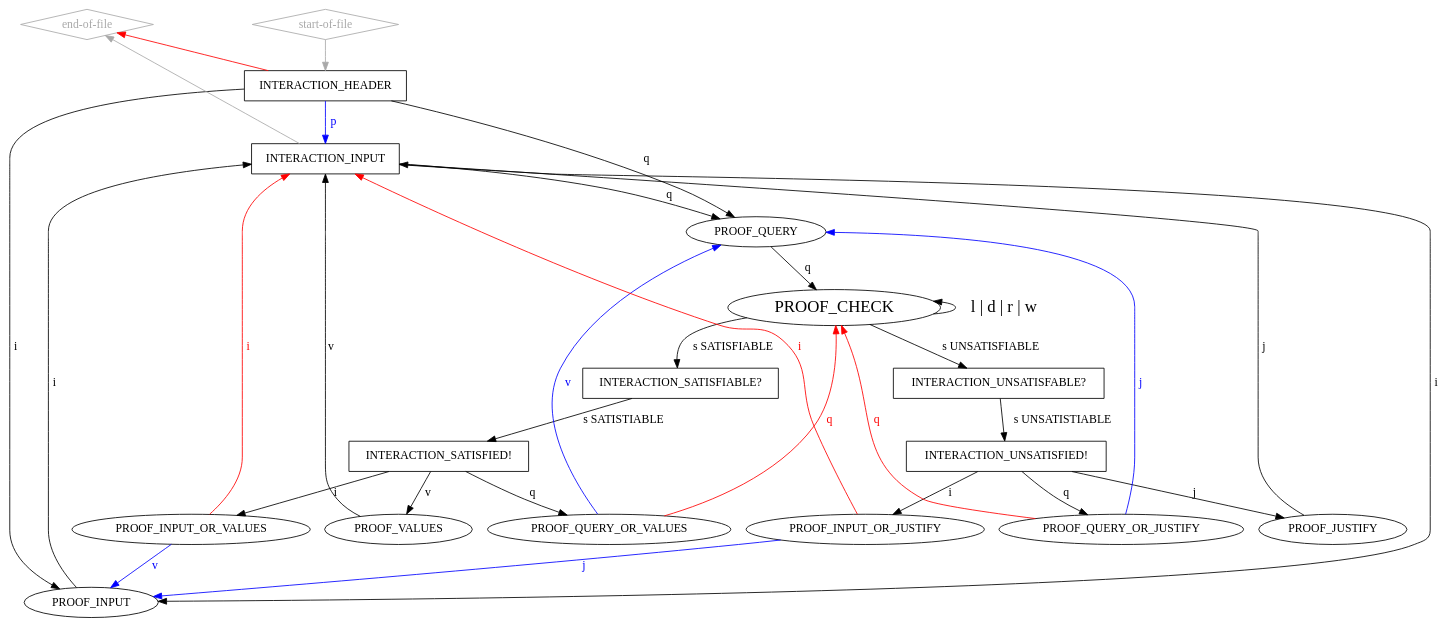
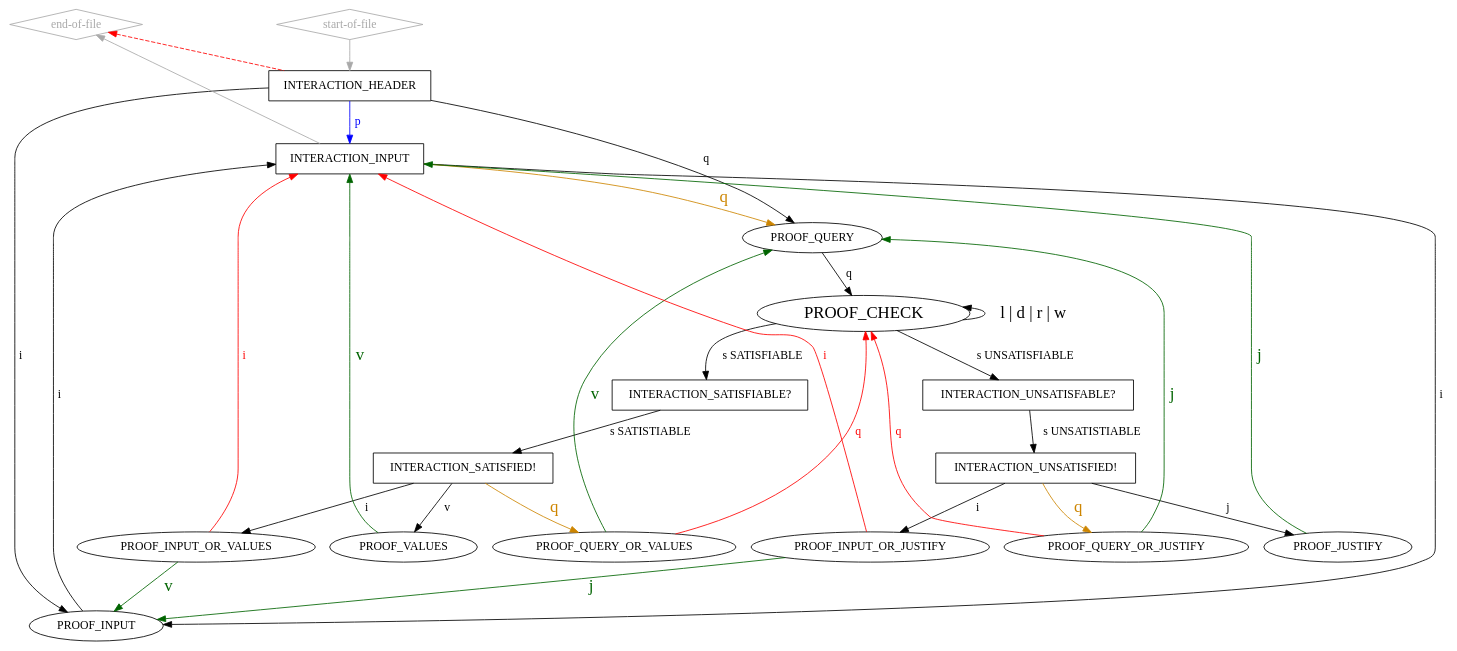
The diagram in idrup-check.dot (arminbiere/lidrup-check), drawn with Graphviz before and after one commit. The commit also changed 1 other file, not shown here.

Commit message:
added query conclusion  pairs

```diff
--- a/idrup-check.dot
+++ b/idrup-check.dot
@@ -1,61 +1,61 @@
 digraph "idrup-check" {
 
   "start-of-file" [shape=diamond,color=darkgray,fontcolor=darkgray];
   "start-of-file" -> INTERACTION_HEADER [weight=2,color=darkgray];
 
   "end-of-file" [shape=diamond,color=darkgray,fontcolor=darkgray];
 
   // INTERACTION_HEADER -> "end-of-file";
   // INTERACTION_INPUT -> "end-of-file";
-   "end-of-file" -> INTERACTION_HEADER [dir=back,color=red];
+   "end-of-file" -> INTERACTION_HEADER [dir=back,style=dashed,color=red];
    "end-of-file" -> INTERACTION_INPUT [dir=back,color=darkgray];
 
   INTERACTION_HEADER [shape=box];
   INTERACTION_HEADER -> PROOF_INPUT [label=" i "];
   INTERACTION_HEADER -> PROOF_QUERY [label=" q "];
   INTERACTION_HEADER -> INTERACTION_INPUT [label=" p ",weight=2,color=blue,fontcolor=blue];
 
   INTERACTION_INPUT [shape=box];
   INTERACTION_INPUT -> PROOF_INPUT [label=" i ",weight=2];
-  INTERACTION_INPUT -> PROOF_QUERY [label=" q ",weight=2];
+  INTERACTION_INPUT -> PROOF_QUERY [label=" q ",weight=2,color=orange3,fontsize=20,fontcolor=orange3];
 
   PROOF_INPUT -> INTERACTION_INPUT [label=" i ",weight=3];
 
   PROOF_QUERY -> PROOF_CHECK [label=" q "];
 
   PROOF_CHECK [fontsize=20];
   PROOF_CHECK -> PROOF_CHECK [label=" l | d | r | w ",dir=back,fontsize=20];
   PROOF_CHECK -> INTERACTION_SATISFIABLE [label=" s SATISFIABLE "];
   PROOF_CHECK -> INTERACTION_UNSATISFABLE [label=" s UNSATISFIABLE "];
 
   INTERACTION_UNSATISFABLE [shape="box",label="INTERACTION_UNSATISFABLE?"];
   INTERACTION_UNSATISFABLE -> INTERACTION_UNSATISFIED [label=" s UNSATISTIABLE "];
 
   INTERACTION_SATISFIABLE [shape="box",label="INTERACTION_SATISFIABLE?"];
   INTERACTION_SATISFIABLE -> INTERACTION_SATISFIED [label=" s SATISTIABLE "];
 
   INTERACTION_SATISFIED [shape=box,label="INTERACTION_SATISFIED!"];
   INTERACTION_SATISFIED -> PROOF_VALUES [label=" v "];
   INTERACTION_SATISFIED -> PROOF_INPUT_OR_VALUES [label=" i "];
-  INTERACTION_SATISFIED -> PROOF_QUERY_OR_VALUES [label=" q "];
+  INTERACTION_SATISFIED -> PROOF_QUERY_OR_VALUES [label=" q ", color=orange3,fontsize=20,fontcolor=orange3];
 
   INTERACTION_UNSATISFIED [shape=box,label="INTERACTION_UNSATISFIED!"];
   INTERACTION_UNSATISFIED -> PROOF_JUSTIFY [label=" j "];
   INTERACTION_UNSATISFIED -> PROOF_INPUT_OR_JUSTIFY [label=" i "];
-  INTERACTION_UNSATISFIED -> PROOF_QUERY_OR_JUSTIFY [label=" q "];
+  INTERACTION_UNSATISFIED -> PROOF_QUERY_OR_JUSTIFY [label=" q ",color=orange3,fontsize=20,fontcolor=orange3];
 
-  PROOF_VALUES -> INTERACTION_INPUT [label=" v"];
-  PROOF_JUSTIFY -> INTERACTION_INPUT [label=" j "];
+  PROOF_VALUES -> INTERACTION_INPUT [label=" v ",color=darkgreen,fontsize=20,fontcolor=darkgreen];
+  PROOF_JUSTIFY -> INTERACTION_INPUT [label=" j ",color=darkgreen,fontsize=20,fontcolor=darkgreen];
 
   PROOF_INPUT_OR_VALUES -> INTERACTION_INPUT [label=" i ",color=red,fontcolor=red];
-  PROOF_INPUT_OR_VALUES -> PROOF_INPUT [label=" v ", color=blue,fontcolor=blue];
+  PROOF_INPUT_OR_VALUES -> PROOF_INPUT [label=" v ", color=darkgreen,fontcolor=darkgreen,fontsize=20];
 
-  PROOF_QUERY_OR_VALUES -> PROOF_QUERY [label=" v ",color=blue,fontcolor=blue];
+  PROOF_QUERY_OR_VALUES -> PROOF_QUERY [label=" v ",color=darkgreen,fontcolor=darkgreen,fontsize=20];
   PROOF_QUERY_OR_VALUES -> PROOF_CHECK [label=" q ",color=red,fontcolor=red];
 
-  PROOF_QUERY_OR_JUSTIFY -> PROOF_QUERY [label=" j ",color=blue,fontcolor=blue];
+  PROOF_QUERY_OR_JUSTIFY -> PROOF_QUERY [label=" j ",color=darkgreen,fontcolor=darkgreen,fontsize=20];
   PROOF_QUERY_OR_JUSTIFY -> PROOF_CHECK [label=" q ",color=red,fontcolor=red];
 
-  PROOF_INPUT_OR_JUSTIFY -> PROOF_INPUT [label=" j ",color=blue,fontcolor=blue];
+  PROOF_INPUT_OR_JUSTIFY -> PROOF_INPUT [label=" j ",color=darkgreen,fontcolor=darkgreen,fontsize=20];
   PROOF_INPUT_OR_JUSTIFY -> INTERACTION_INPUT [label=" i ",color=red,fontcolor=red];
 }
```
